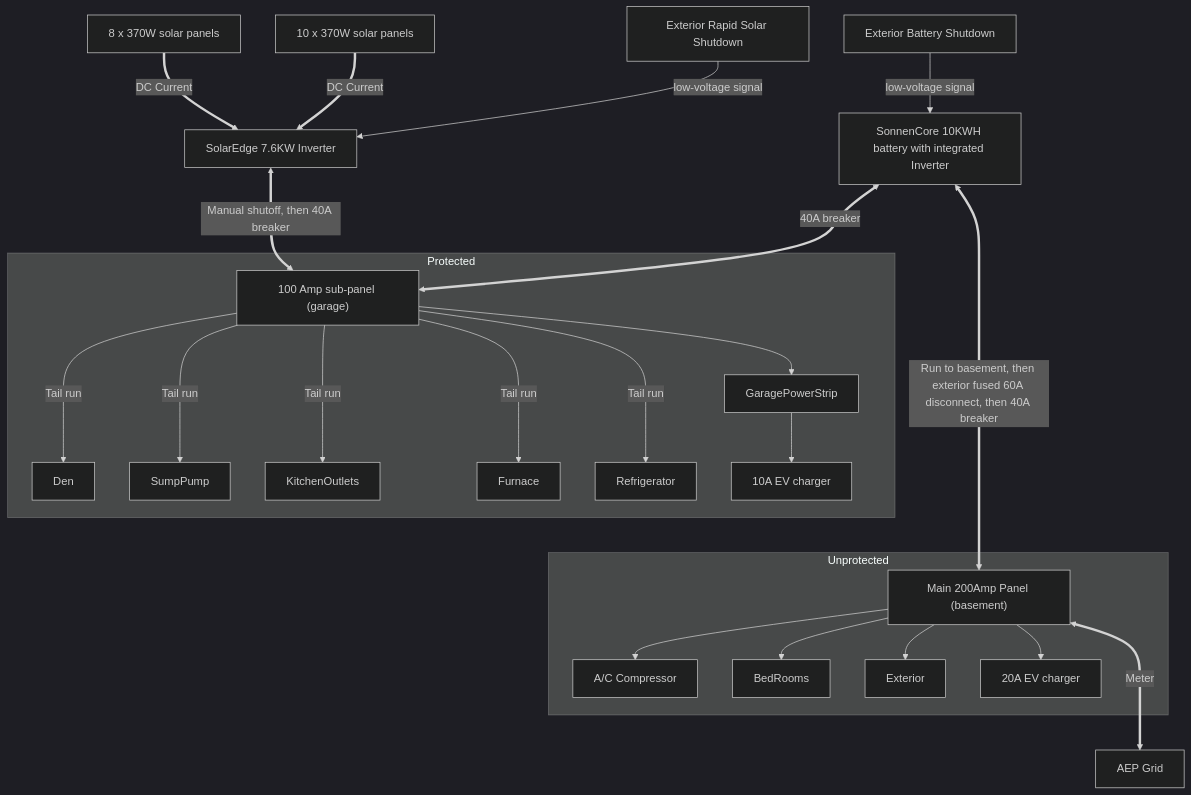
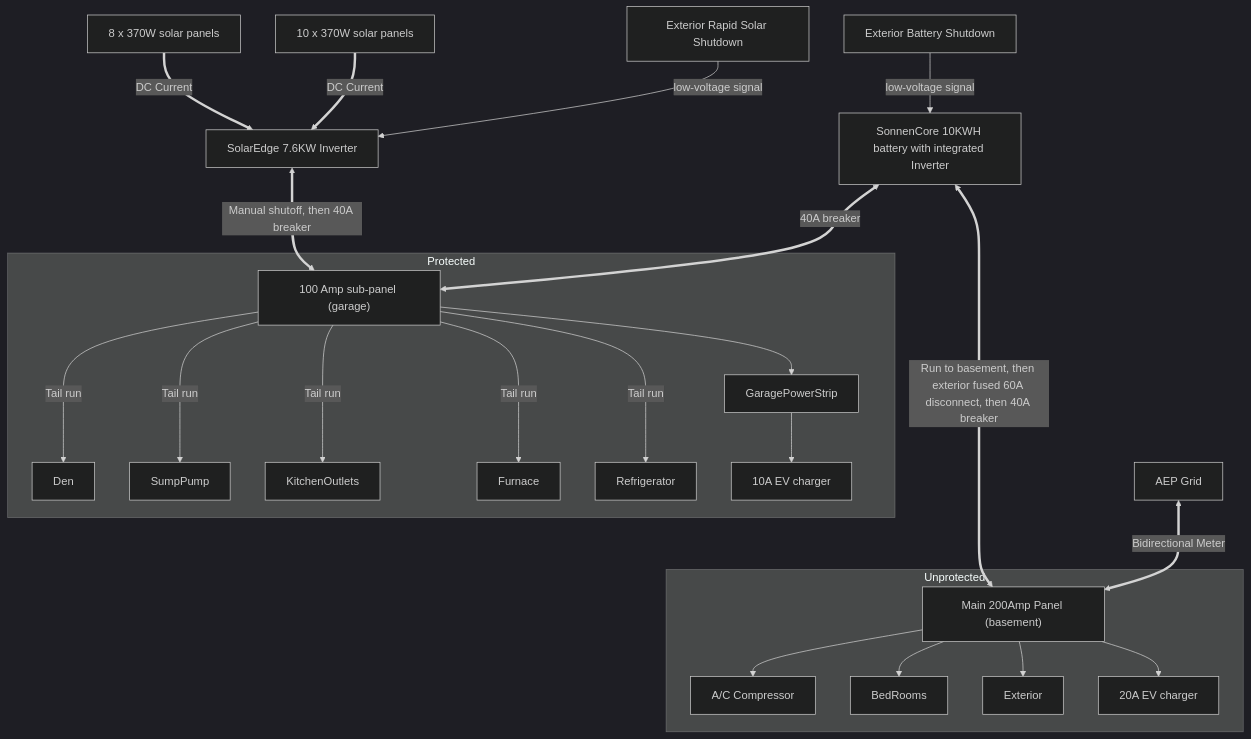
The seventh of 7 diagrams in solar.md (marshallflax/vision), drawn with Mermaid (dark theme) before and after one commit.

Commit message:
AEP on top

````diff
--- a/solar.md
+++ b/solar.md
@@ -173,26 +173,26 @@
 ```mermaid
 graph TB;
  Panels1["8 x 370W solar panels"]==>|"DC Current"|Inverter
  Panels2["10 x 370W solar panels"]==>|"DC Current"|Inverter
  ExteriorRapidShutdown["Exterior Rapid Solar Shutdown"]-->|"low-voltage signal"|Inverter
  Inverter["SolarEdge 7.6KW Inverter"]<==>|Manual shutoff, then 40A breaker|ProtectedPanel["100 Amp sub-panel (garage)"]
  Sonnen<==>|"40A breaker"|ProtectedPanel
   subgraph Protected
     ProtectedPanel--->|"Tail run"|Den
     ProtectedPanel--->|"Tail run"|SumpPump
     ProtectedPanel--->|"Tail run"|KitchenOutlets
     ProtectedPanel--->|"Tail run"|Furnace
     ProtectedPanel--->|"Tail run"|Refrigerator
     ProtectedPanel-->GaragePowerStrip
     GaragePowerStrip-->CarCharger10["10A EV charger"]
   end
  ExteriorBatteryShutdown["Exterior Battery Shutdown"]-->|"low-voltage signal"|Sonnen["SonnenCore 10KWH battery with integrated Inverter"]
  Sonnen<=====>|"Run to basement, then exterior fused 60A disconnect, then 40A breaker"|MainPanel["Main 200Amp Panel (basement)"]
   subgraph Unprotected
     MainPanel-->AC["A/C Compressor"]
     MainPanel-->BedRooms
     MainPanel-->Exterior
     MainPanel-->CarCharger["20A EV charger"]
   end
-    MainPanel<===>|Meter|Grid["AEP Grid"]
+    Grid["AEP Grid"]<==>|Bidirectional Meter|MainPanel
 ```
````
